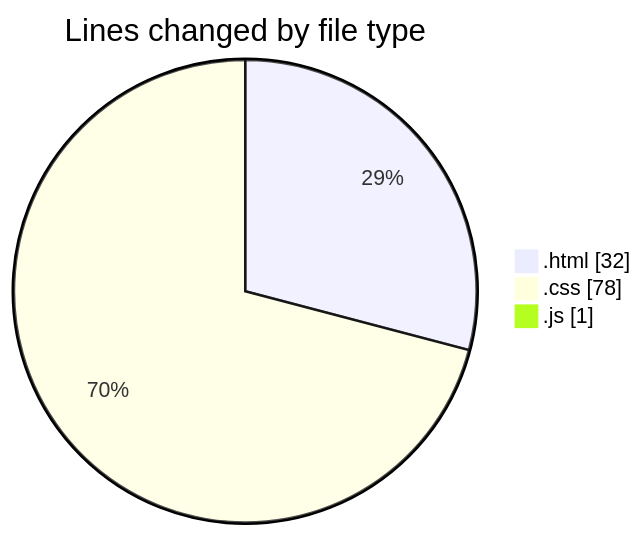
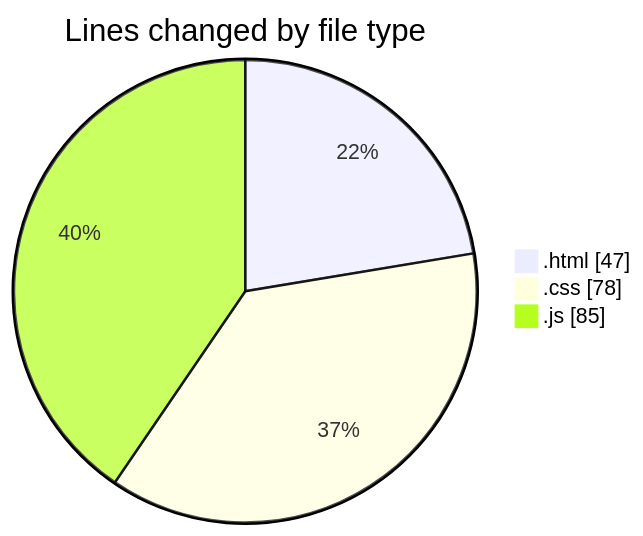
The first of 2 diagrams in 2025-05-31/projects/README.md (Ritupan-Deka/code-tracking), drawn with Mermaid before and after one commit. The commit also changed other lines of this file and 1 other file, not shown here.

````diff
--- a/2025-05-31/projects/README.md
+++ b/2025-05-31/projects/README.md
@@ -22,7 +22,7 @@
 ```mermaid
 pie showData
 title Lines changed by file type
-".html" : 32
+".html" : 47
 ".css" : 78
-".js" : 1
+".js" : 85
 ```
````
